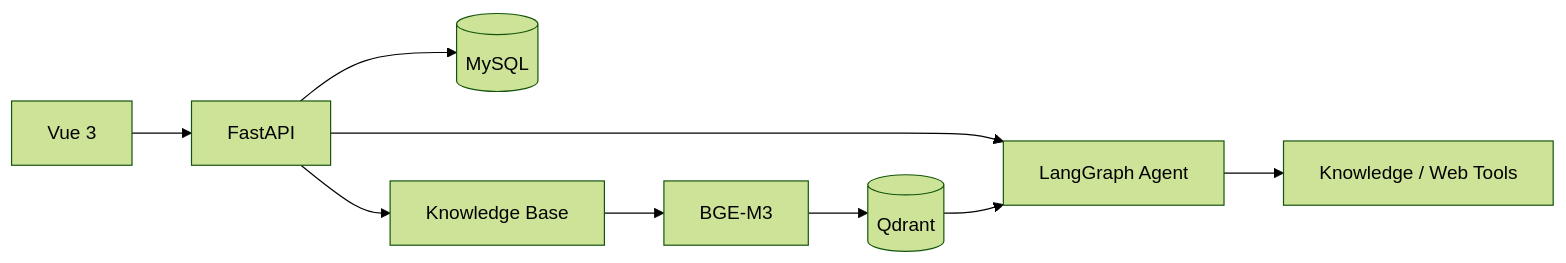
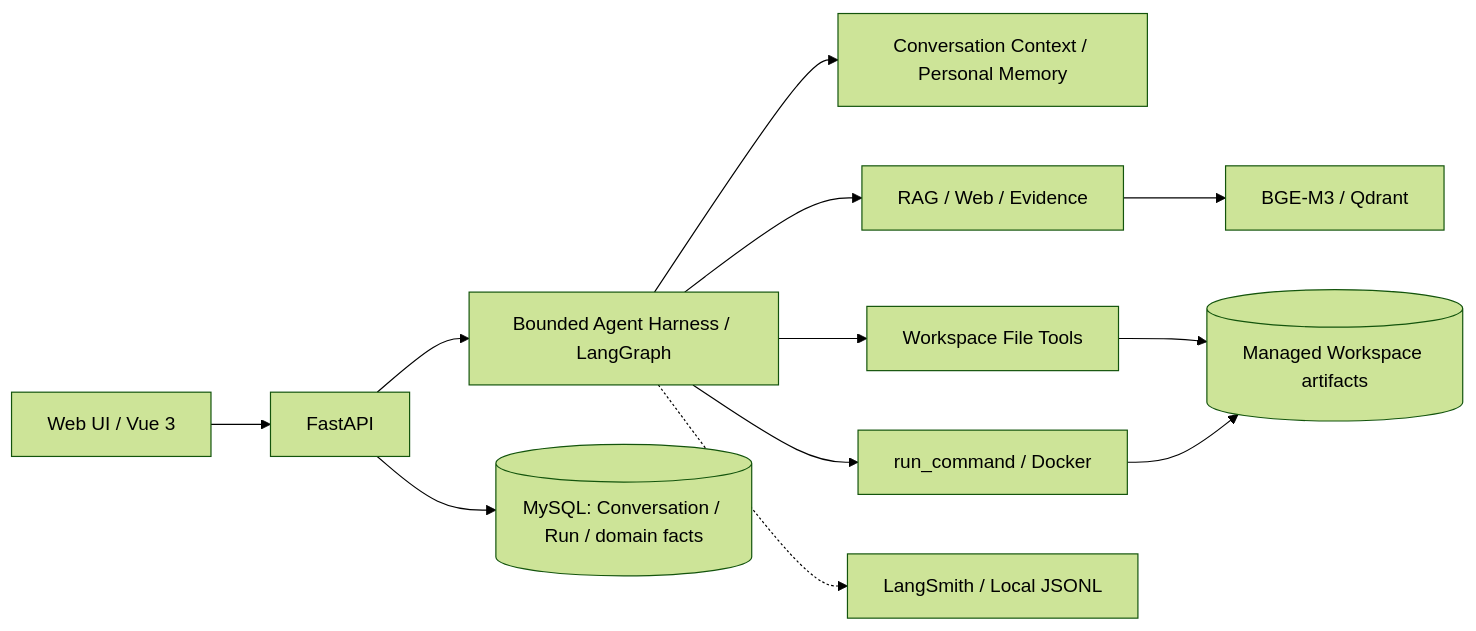
Before and after one commit to qiumingtingyu/Langley: the diagram in README.md, drawn with Mermaid (forest theme). The commit also changed other lines of this file and 1 other file, not shown here.

Commit message:
docs: document workspace sandbox v0

````diff
--- a/README.md
+++ b/README.md
@@ -19,12 +20,14 @@
 ```mermaid
 flowchart LR
-    UI[Vue 3] --> API[FastAPI]
-    API --> AGENT[LangGraph Agent]
-    API --> DB[(MySQL)]
-    API --> KB[Knowledge Base]
-
-    AGENT --> TOOLS[Knowledge / Web Tools]
-    KB --> EMBED[BGE-M3]
-    EMBED --> QD[(Qdrant)]
-    QD --> AGENT
+    UI[Web UI / Vue 3] --> API[FastAPI]
+    API --> AGENT[Bounded Agent Harness / LangGraph]
+    API --> DB[(MySQL: Conversation / Run / domain facts)]
+    AGENT --> CONTEXT[Conversation Context / Personal Memory]
+    AGENT --> KNOW[RAG / Web / Evidence]
+    KNOW --> INDEX[BGE-M3 / Qdrant]
+    AGENT --> FILES[Workspace File Tools]
+    AGENT --> COMMAND[run_command / Docker]
+    FILES --> WORKSPACE[(Managed Workspace artifacts)]
+    COMMAND --> WORKSPACE
+    AGENT -.-> TRACE[LangSmith / Local JSONL]
 ```
````
